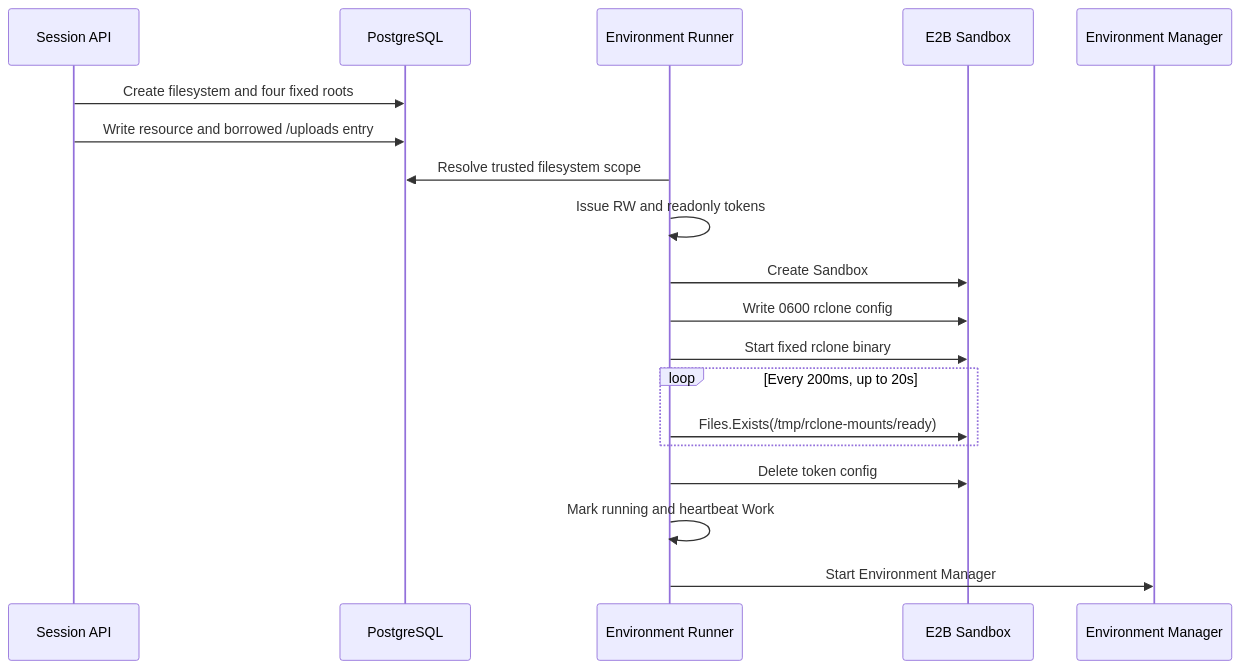
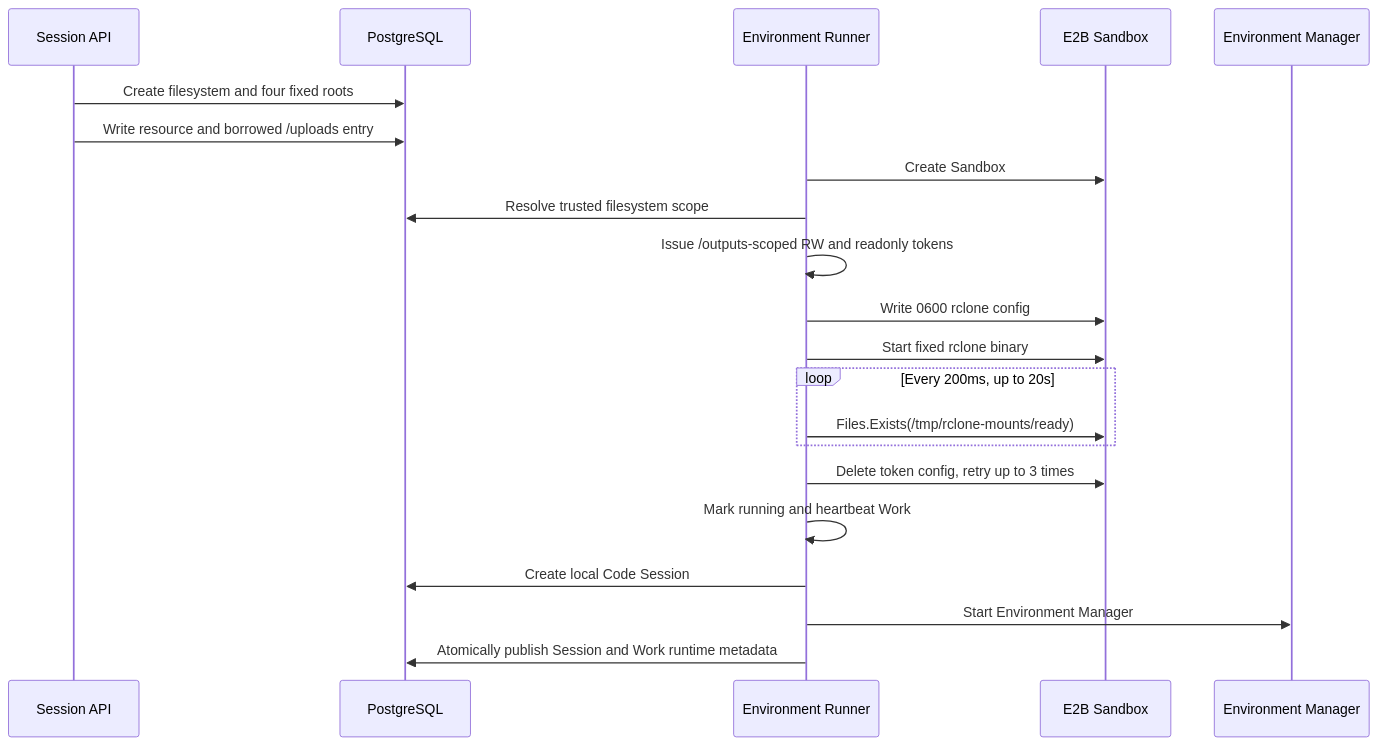
Before and after one commit to superduck-ai/open-managed-agents: the second of 4 diagrams in docs/design/be/filestore.md, drawn with Mermaid. The commit also changed other lines of this file and 35 other files, not shown here.

````diff
--- a/docs/design/be/filestore.md
+++ b/docs/design/be/filestore.md
@@ -128,21 +129,23 @@
 ```mermaid
 sequenceDiagram
     participant A as Session API
     participant D as PostgreSQL
     participant R as Environment Runner
     participant E as E2B Sandbox
     participant M as Environment Manager
     A->>D: Create filesystem and four fixed roots
     A->>D: Write resource and borrowed /uploads entry
+    R->>E: Create Sandbox
     R->>D: Resolve trusted filesystem scope
-    R->>R: Issue RW and readonly tokens
-    R->>E: Create Sandbox
+    R->>R: Issue /outputs-scoped RW and readonly tokens
     R->>E: Write 0600 rclone config
     R->>E: Start fixed rclone binary
     loop Every 200ms, up to 20s
         R->>E: Files.Exists(/tmp/rclone-mounts/ready)
     end
-    R->>E: Delete token config
+    R->>E: Delete token config, retry up to 3 times
     R->>R: Mark running and heartbeat Work
+    R->>D: Create local Code Session
     R->>M: Start Environment Manager
+    R->>D: Atomically publish Session and Work runtime metadata
 ```
````
